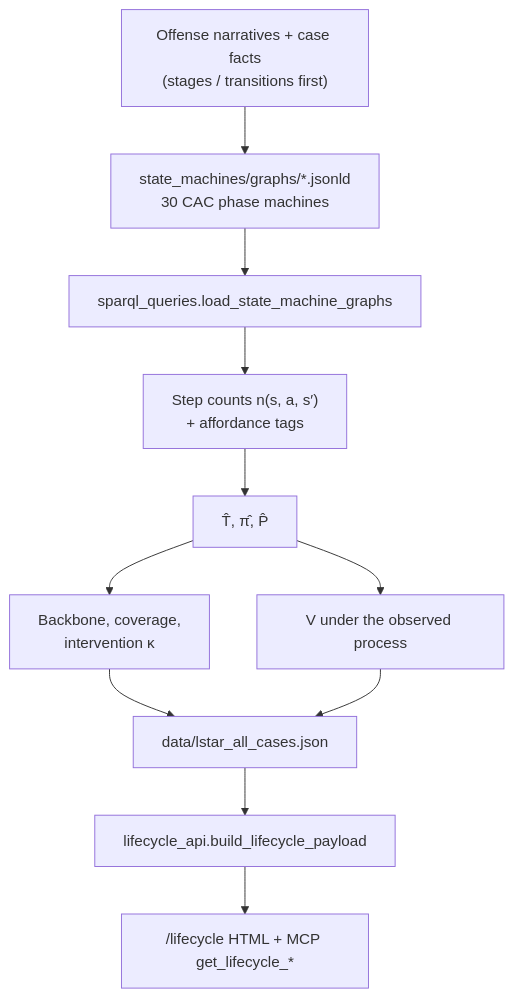
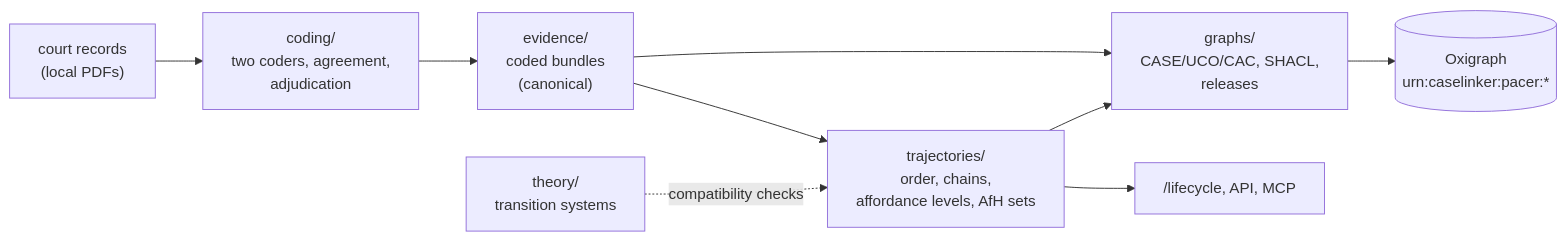
Before and after one commit to mrinaalr/CaseLinker: the diagram in state_machines/README.md, drawn with Mermaid. The commit also changed other lines of this file and 5 other files, not shown here.

Commit message:
document the state_machines layers: evidence, trajectories, graphs, coding

````diff
--- a/state_machines/README.md
+++ b/state_machines/README.md
@@ -215,18 +14,11 @@
 ```mermaid
-flowchart TD
-  narr["Offense narratives + case facts<br/>(stages / transitions first)"]
-  graphs["state_machines/graphs/*.jsonld<br/>30 CAC phase machines"]
-  load["sparql_queries.load_state_machine_graphs"]
-  counts["Step counts n(s, a, s′)<br/>+ affordance tags"]
-  est["T̂, π̂, P̂"]
-  bb["Backbone, coverage,<br/>intervention κ"]
-  val["V under the observed process"]
-  out["data/lstar_all_cases.json"]
-  api["lifecycle_api.build_lifecycle_payload"]
-  ui["/lifecycle HTML + MCP get_lifecycle_*"]
-
-  narr --> graphs --> load --> counts --> est
-  est --> bb --> out
-  est --> val --> out
-  out --> api --> ui
+flowchart LR
+  pdf["court records<br/>(local PDFs)"] --> coding["coding/<br/>two coders, agreement,<br/>adjudication"]
+  coding --> evidence["evidence/<br/>coded bundles<br/>(canonical)"]
+  evidence --> traj["trajectories/<br/>order, chains,<br/>affordance levels, AfH sets"]
+  evidence --> graphs["graphs/<br/>CASE/UCO/CAC, SHACL,<br/>releases"]
+  traj --> graphs
+  graphs --> ox[("Oxigraph<br/>urn:caselinker:pacer:*")]
+  traj --> ui["/lifecycle, API, MCP"]
+  theory["theory/<br/>transition systems"] -. "compatibility checks" .-> traj
 ```
````
